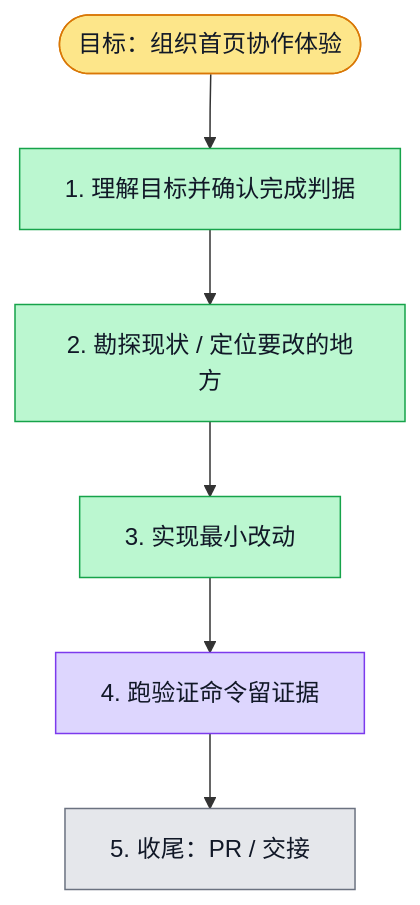
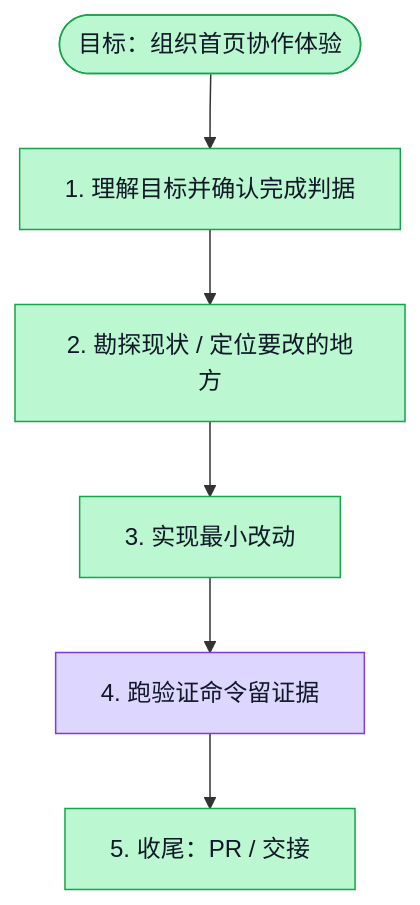
The diagram in docs/design/org-home-page/redesign-20261014/plan.md (boardx/workspacex), drawn with Mermaid before and after one commit. The commit also changed 1 other file, not shown here.

Commit message:
docs(home): record draft PR handoff

````diff
--- a/docs/design/org-home-page/redesign-20261014/plan.md
+++ b/docs/design/org-home-page/redesign-20261014/plan.md
@@ -17,25 +17,25 @@
 ```mermaid
 flowchart TD
   G([目标：组织首页协作体验])
   S1[1. 理解目标并确认完成判据]
   S2[2. 勘探现状 / 定位要改的地方]
   S3[3. 实现最小改动]
   S4[4. 跑验证命令留证据]
   S5[5. 收尾：PR / 交接]
 
   G --> S1 --> S2 --> S3 --> S4 --> S5
 
   classDef todo fill:#e5e7eb,stroke:#6b7280,color:#111827
   classDef doing fill:#fde68a,stroke:#d97706,color:#111827
   classDef done fill:#bbf7d0,stroke:#16a34a,color:#111827
   classDef tested fill:#ddd6fe,stroke:#7c3aed,color:#111827
   classDef blocked fill:#fecaca,stroke:#dc2626,color:#111827
 
-  class G doing
+  class G done
   class S1 done
   class S2 done
   class S3 done
   class S4 tested
   %% evidence S4: 69 tests, typecheck, full lint; evidence/ logs and browser-checks.json
-  class S5 todo
+  class S5 done
 ```
````
